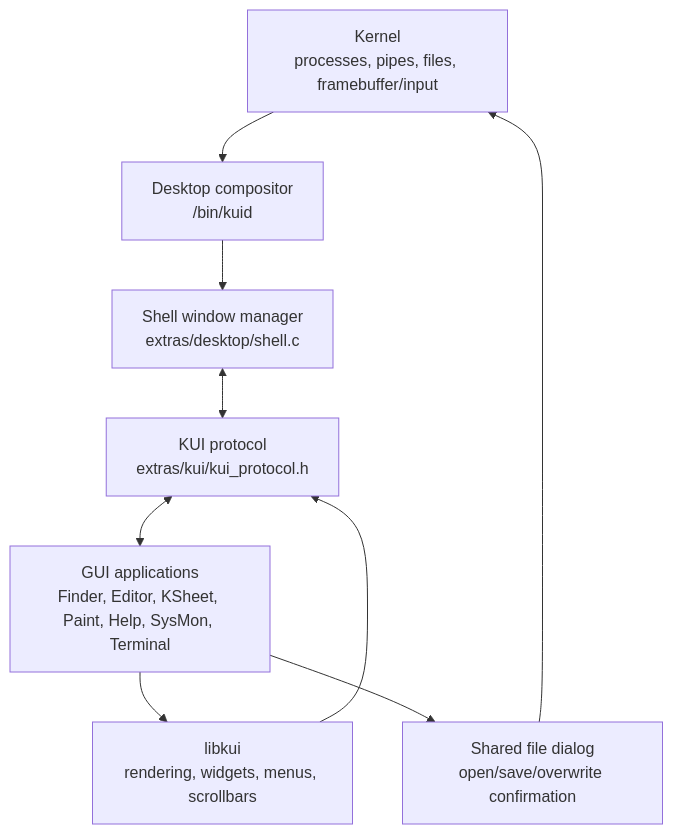
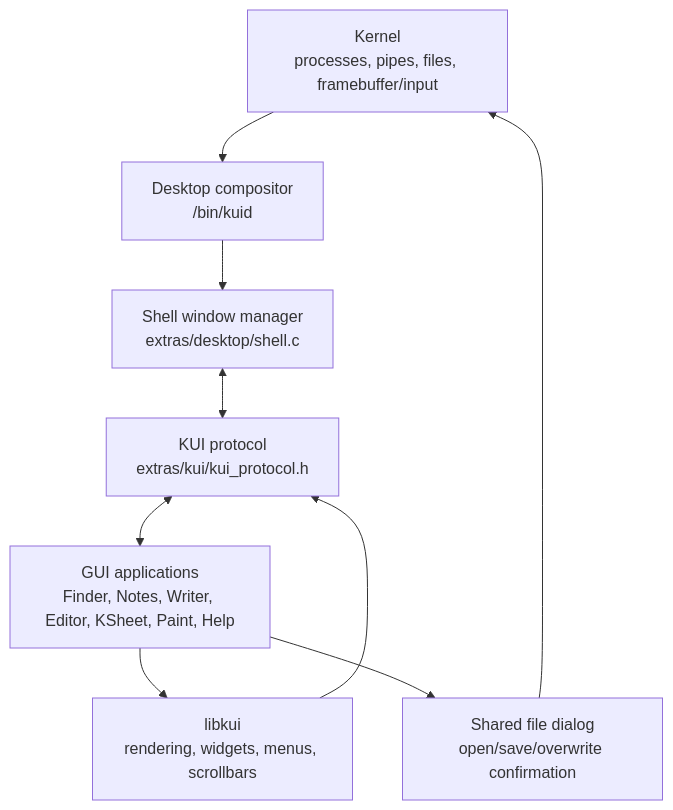
The first of 4 diagrams in docs/gui-architecture.md (kpelton/kyleos), drawn with Mermaid before and after one commit. The commit also changed other lines of this file and 27 other files, not shown here.

````diff
--- a/docs/gui-architecture.md
+++ b/docs/gui-architecture.md
@@ -5,19 +5,19 @@
 ```mermaid
 flowchart TB
     K[Kernel\nprocesses, pipes, files, framebuffer/input]
     D[Desktop compositor\n/bin/kuid]
     S[Shell window manager\nextras/desktop/shell.c]
     P[KUI protocol\nextras/kui/kui_protocol.h]
     L[libkui\nrendering, widgets, menus, scrollbars]
-    A[GUI applications\nFinder, Editor, KSheet, Paint, Help, SysMon, Terminal]
+    A[GUI applications\nFinder, Notes, Writer, Editor, KSheet, Paint, Help]
     F[Shared file dialog\nopen/save/overwrite confirmation]
 
     K --> D
     D --> S
     S <--> P
     P <--> A
     A --> L
     L --> P
     A --> F
     F --> K
 ```
````
